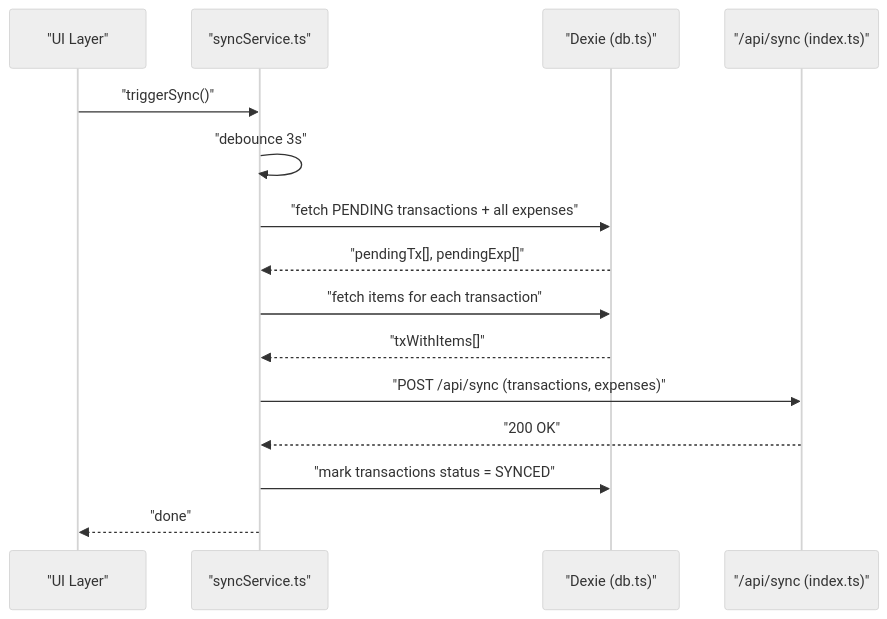
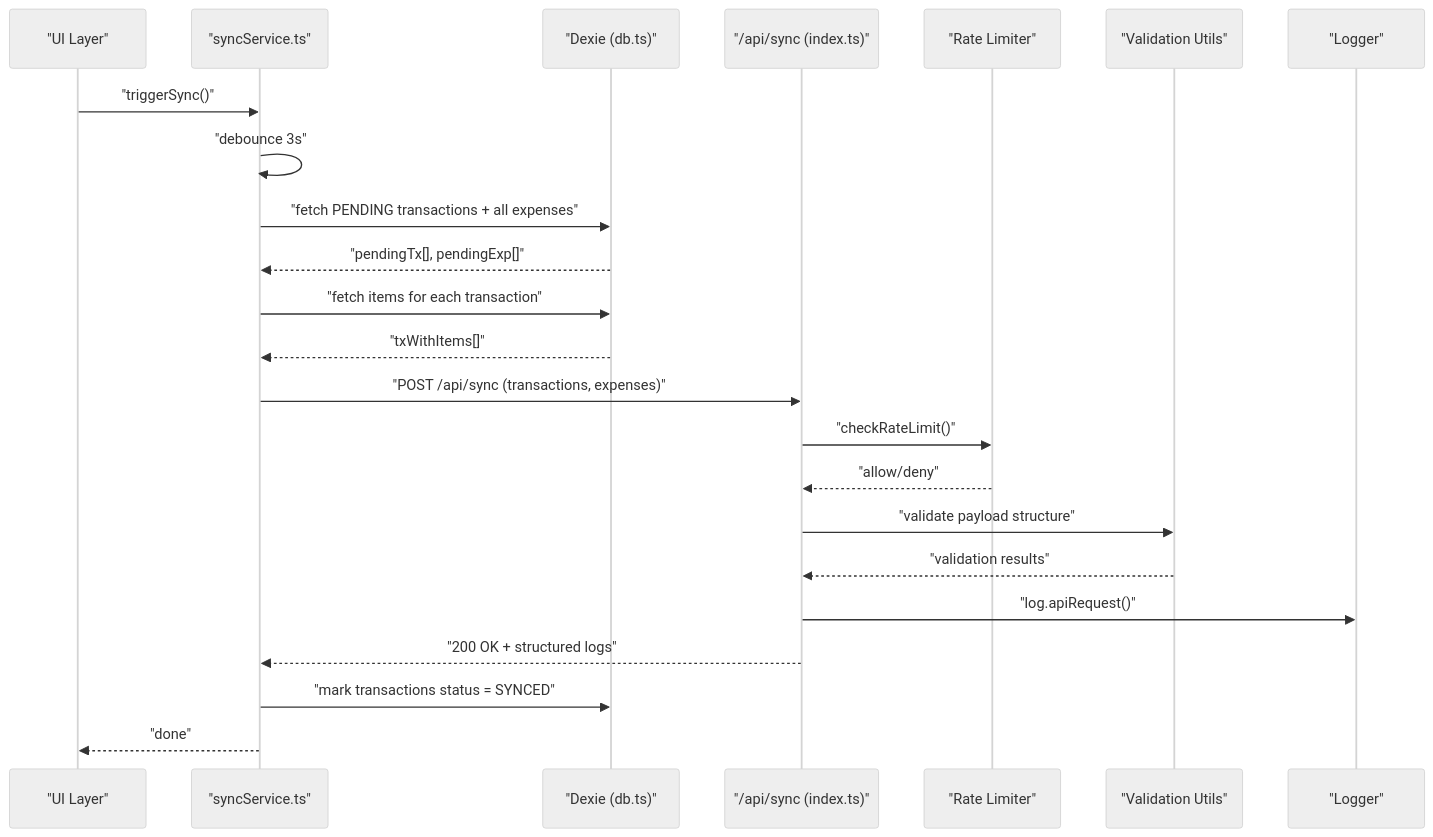
Before and after one commit to riod94/ngepos: the second of 9 diagrams in .qoder/repowiki/en/content/Utility Libraries/Utility Libraries.md, drawn with Mermaid (neutral theme). The commit also changed other lines of this file and 51 other files, not shown here.

````diff
--- a/.qoder/repowiki/en/content/Utility Libraries/Utility Libraries.md
+++ b/.qoder/repowiki/en/content/Utility Libraries/Utility Libraries.md
@@ -94,17 +140,25 @@
 ```mermaid
 sequenceDiagram
 participant UI as "UI Layer"
 participant Sync as "syncService.ts"
 participant Dexie as "Dexie (db.ts)"
 participant API as "/api/sync (index.ts)"
+participant Rate as "Rate Limiter"
+participant Valid as "Validation Utils"
+participant Log as "Logger"
 UI->>Sync : "triggerSync()"
 Sync->>Sync : "debounce 3s"
 Sync->>Dexie : "fetch PENDING transactions + all expenses"
 Dexie-->>Sync : "pendingTx[], pendingExp[]"
 Sync->>Dexie : "fetch items for each transaction"
 Dexie-->>Sync : "txWithItems[]"
 Sync->>API : "POST /api/sync (transactions, expenses)"
-API-->>Sync : "200 OK"
+API->>Rate : "checkRateLimit()"
+Rate-->>API : "allow/deny"
+API->>Valid : "validate payload structure"
+Valid-->>API : "validation results"
+API->>Log : "log.apiRequest()"
+API-->>Sync : "200 OK + structured logs"
 Sync->>Dexie : "mark transactions status = SYNCED"
 Sync-->>UI : "done"
 ```
````
